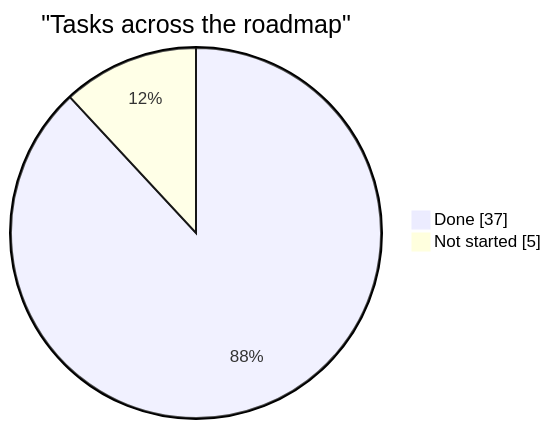
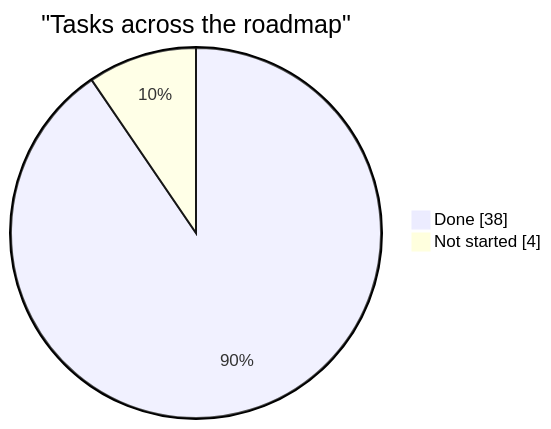
The diagram in docs/planning/status.md (AdamClemens/PyFlow), drawn with Mermaid before and after one commit. The commit also changed other lines of this file and 39 other files, not shown here.

````diff
--- a/docs/planning/status.md
+++ b/docs/planning/status.md
@@ -21,6 +21,6 @@
 ```mermaid
 pie showData
     title "Tasks across the roadmap"
-    "Done" : 37
-    "Not started" : 5
+    "Done" : 38
+    "Not started" : 4
 ```
````
